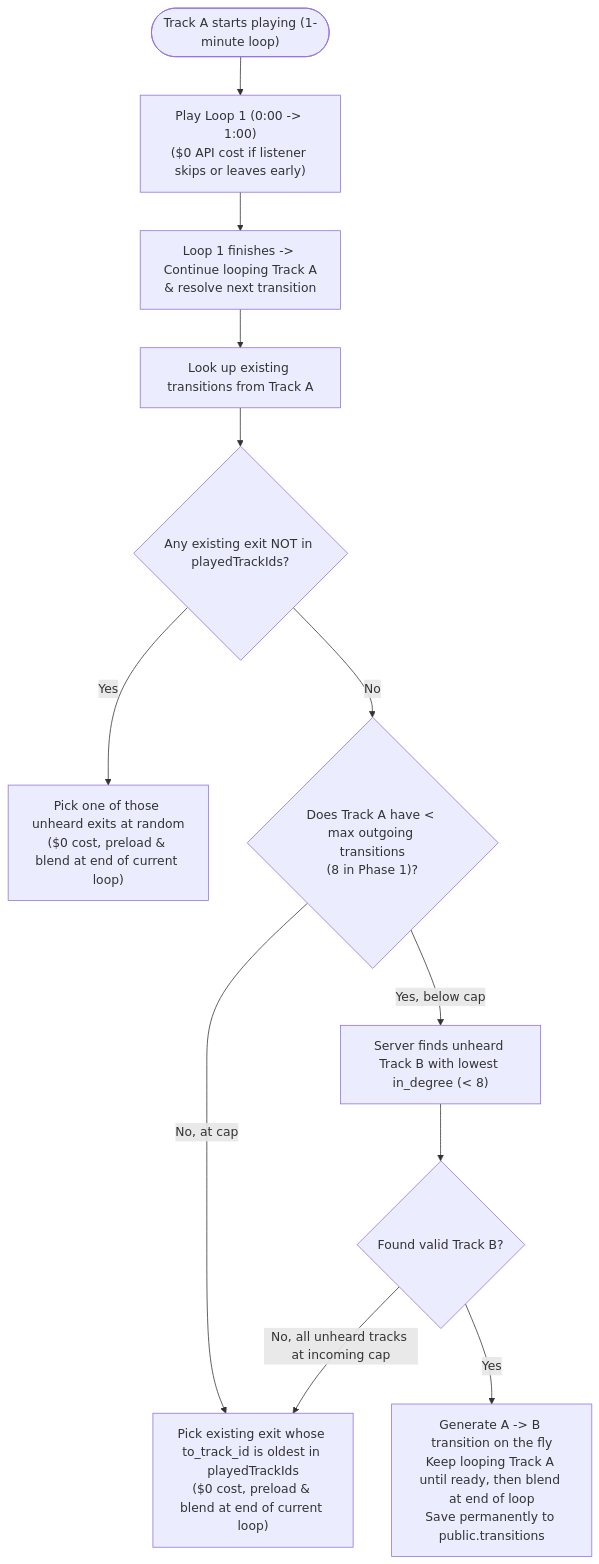
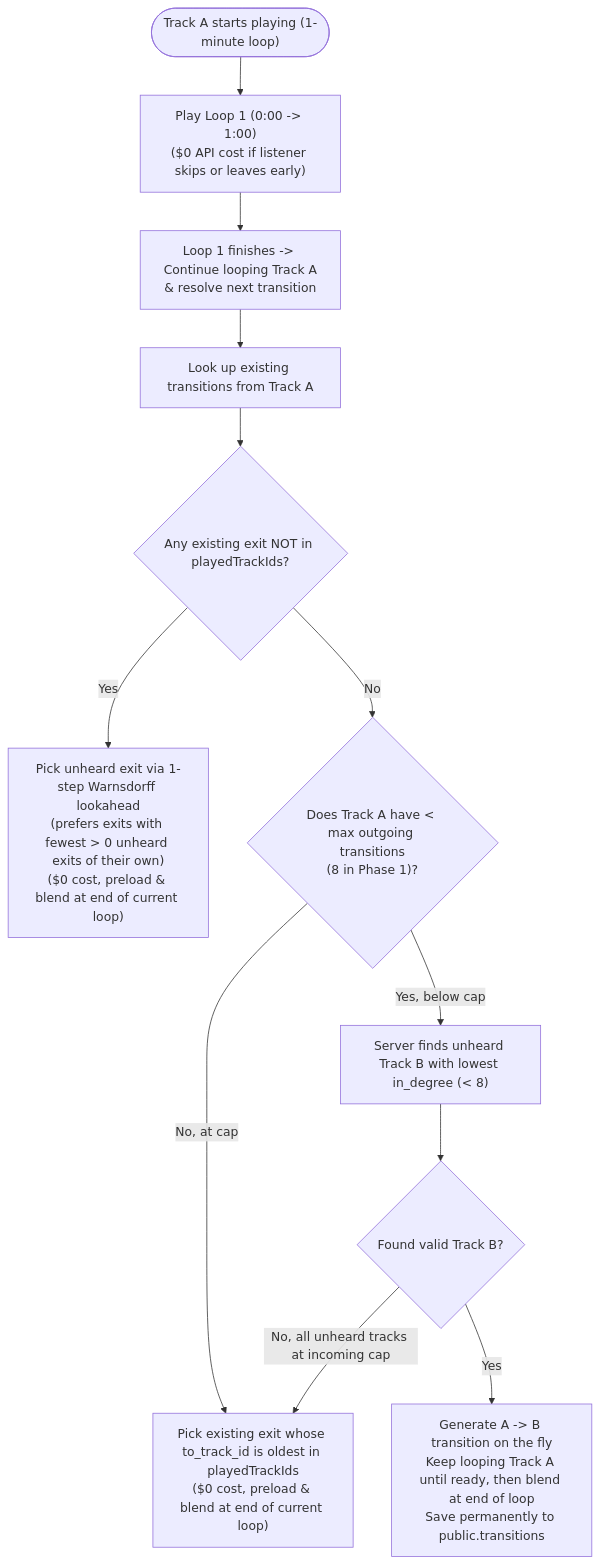
The second of 2 diagrams in docs/architecture/generation-policy.md (hi-humble-hedgehog/beats-for-days), drawn with Mermaid before and after one commit. The commit also changed other lines of this file and 4 other files, not shown here.

First line of the commit message:
feat(player): add Warnsdorff lookahead and repeat cooldown to selector

````diff
--- a/docs/architecture/generation-policy.md
+++ b/docs/architecture/generation-policy.md
@@ -155,17 +155,17 @@
 ```mermaid
 flowchart TD
     Start(["Track A starts playing (1-minute loop)"]) --> Loop1["Play Loop 1 (0:00 -> 1:00)<br/>($0 API cost if listener skips or leaves early)"]
     Loop1 --> EnterLoop2["Loop 1 finishes -> Continue looping Track A<br/>& resolve next transition"]
     EnterLoop2 --> CheckExits["Look up existing transitions from Track A"]
     CheckExits --> HasUnheard{"Any existing exit NOT in playedTrackIds?"}
 
-    HasUnheard -->|Yes| PickUnheard["Pick one of those unheard exits at random<br/>($0 cost, preload & blend at end of current loop)"]
+    HasUnheard -->|Yes| PickUnheard["Pick unheard exit via 1-step Warnsdorff lookahead<br/>(prefers exits with fewest > 0 unheard exits of their own)<br/>($0 cost, preload & blend at end of current loop)"]
     HasUnheard -->|No| CheckCap{"Does Track A have < max outgoing transitions<br/>(8 in Phase 1)?"}
 
     CheckCap -->|No, at cap| PickOldest["Pick existing exit whose to_track_id is oldest in playedTrackIds<br/>($0 cost, preload & blend at end of current loop)"]
     CheckCap -->|Yes, below cap| FindCandidate["Server finds unheard Track B with lowest in_degree (< 8)"]
 
     FindCandidate --> HasCandidate{"Found valid Track B?"}
     HasCandidate -->|No, all unheard tracks at incoming cap| PickOldest
     HasCandidate -->|Yes| GenerateOnFly["Generate A -> B transition on the fly<br/>Keep looping Track A until ready, then blend at end of loop<br/>Save permanently to public.transitions"]
 ```
````
